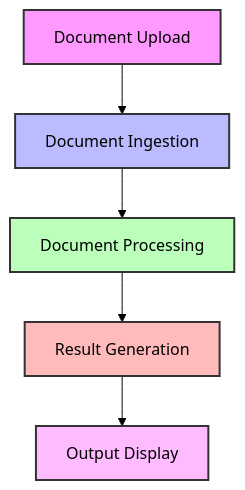
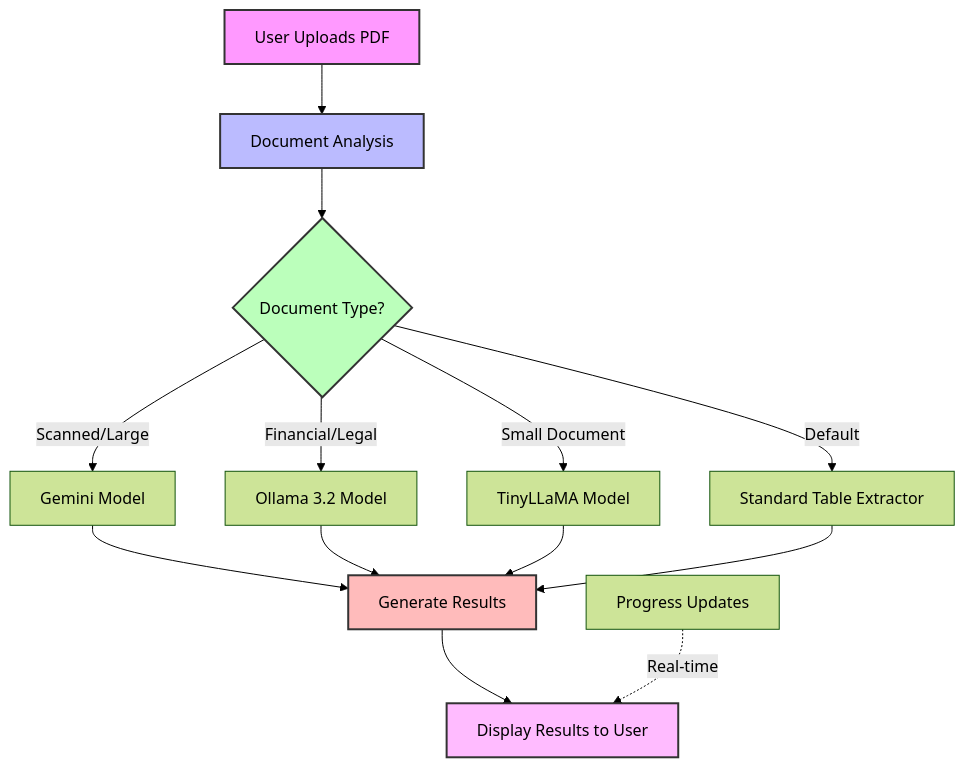
The diagram in README.md (pharshithaa/document-processing-system), drawn with Mermaid (forest theme) before and after one commit. The commit also changed other lines of this file, not shown here.

````diff
--- a/README.md
+++ b/README.md
@@ -9,13 +9,31 @@
 ```mermaid
 graph TD
-    A[Document Upload] --> B[Document Ingestion]
-    B --> C[Document Processing]
-    C --> D[Result Generation]
-    D --> E[Output Display]
-
+    %% Main Flow
+    A[User Uploads PDF] --> B[Document Analysis]
+    B --> C{Document Type?}
+    
+    %% Processing Paths
+    C -->|Scanned/Large| D[Gemini Model]
+    C -->|Financial/Legal| E[Ollama 3.2 Model]
+    C -->|Small Document| F[TinyLLaMA Model]
+    C -->|Default| G[Standard Table Extractor]
+    
+    %% Results
+    D --> H[Generate Results]
+    E --> H
+    F --> H
+    G --> H
+    
+    %% Final Output
+    H --> I[Display Results to User]
+    
+    %% Status Updates
+    J[Progress Updates] -.->|Real-time| I
+    
+    %% Styling
     style A fill:#f9f,stroke:#333,stroke-width:2px
     style B fill:#bbf,stroke:#333,stroke-width:2px
     style C fill:#bfb,stroke:#333,stroke-width:2px
-    style D fill:#fbb,stroke:#333,stroke-width:2px
-    style E fill:#fbf,stroke:#333,stroke-width:2px
+    style H fill:#fbb,stroke:#333,stroke-width:2px
+    style I fill:#fbf,stroke:#333,stroke-width:2px
 ```
````
